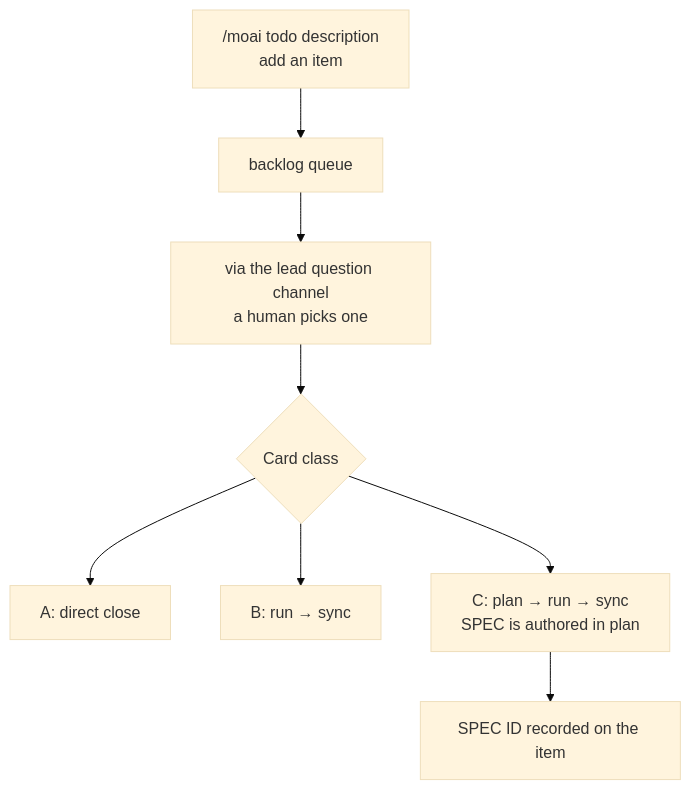
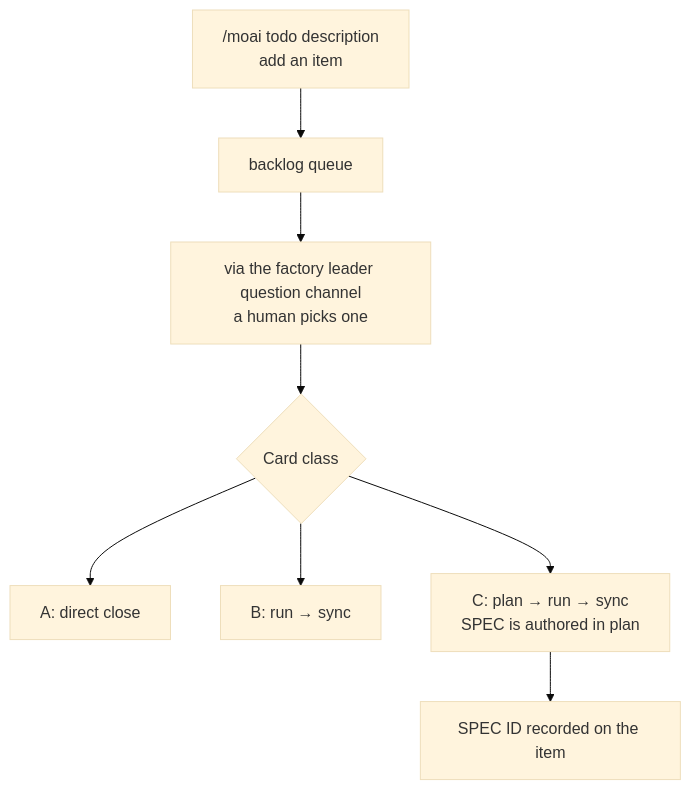
Before and after one commit to modu-ai/moai-adk: the diagram in docs-site/content/en/utility-commands/moai-todo.md, drawn with Mermaid (base theme). The commit also changed other lines of this file and 3 other files, not shown here.

````diff
--- a/docs-site/content/en/utility-commands/moai-todo.md
+++ b/docs-site/content/en/utility-commands/moai-todo.md
@@ -31,10 +31,10 @@
 ```mermaid
 flowchart TD
     Add["/moai todo description<br/>add an item"] --> Queue["backlog queue"]
-    Queue --> Pick["via the lead question channel<br/>a human picks one"]
+    Queue --> Pick["via the factory leader question channel<br/>a human picks one"]
     Pick --> Class{"Card class"}
     Class --> A["A: direct close"]
     Class --> B["B: run → sync"]
     Class --> Plan["C: plan → run → sync<br/>SPEC is authored in plan"]
     Plan --> Spec["SPEC ID recorded on the item"]
 ```
````
